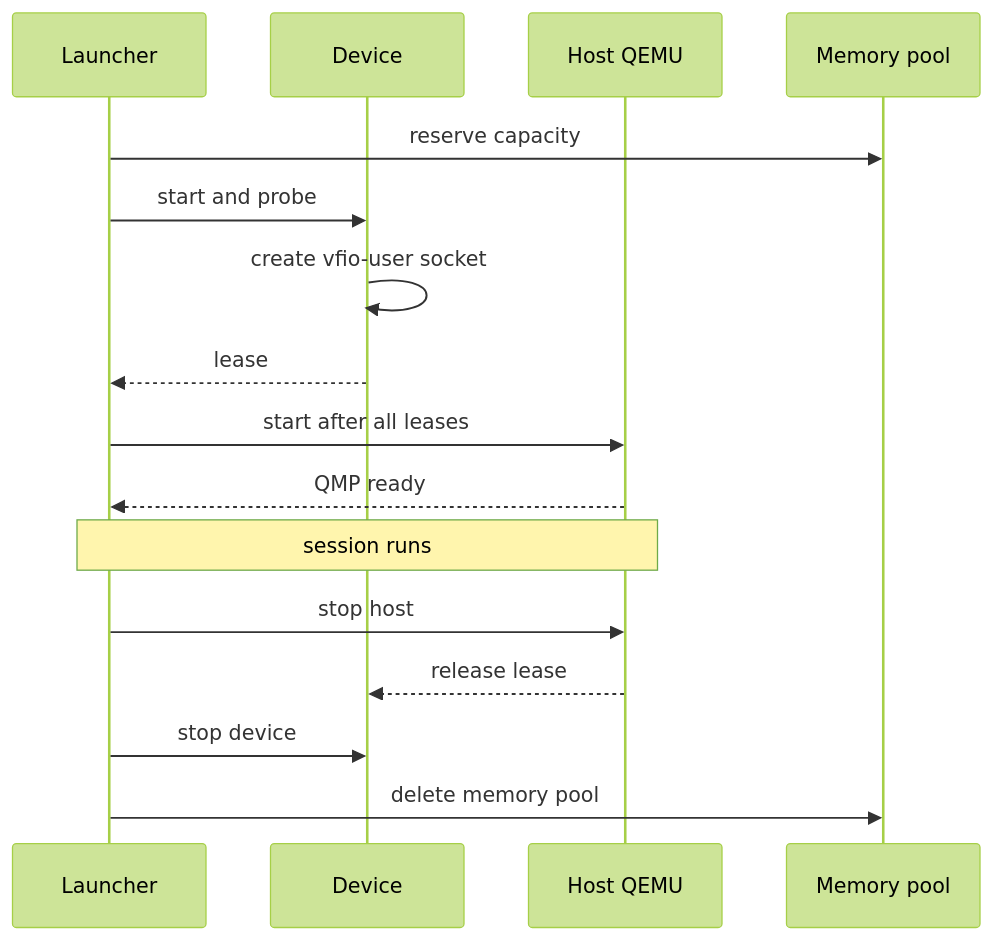
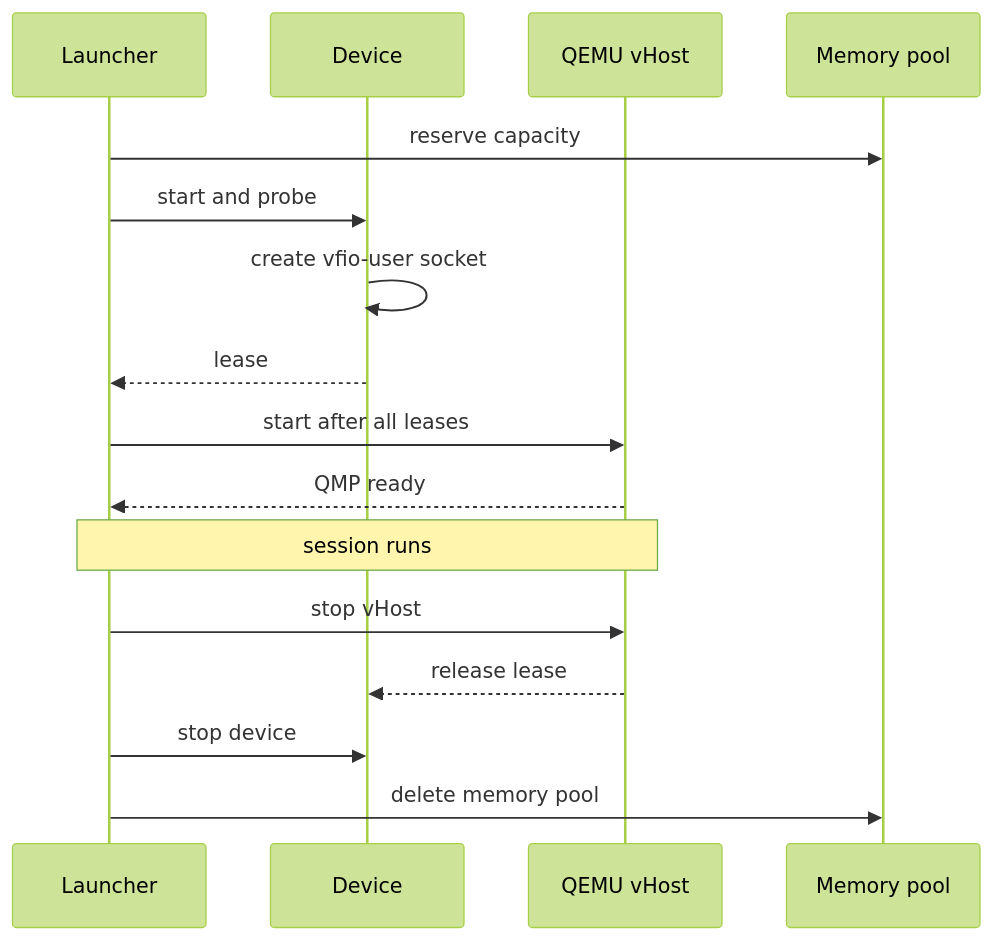
The diagram in docs/en/architecture/execution_flow.rst (chengchen512/cosim-gpu), drawn with Mermaid (forest theme) before and after one commit. The commit also changed other lines of this file and 110 other files, not shown here.

```diff
--- a/docs/en/architecture/execution_flow.rst
+++ b/docs/en/architecture/execution_flow.rst
@@ -35,18 +35,18 @@
 .. mermaid::
 
    sequenceDiagram
        participant L as Launcher
        participant D as Device
-       participant H as Host QEMU
+       participant H as QEMU vHost
        participant P as Memory pool
        L->>P: reserve capacity
        L->>D: start and probe
        D->>D: create vfio-user socket
        D-->>L: lease
        L->>H: start after all leases
        H-->>L: QMP ready
        Note over L,H: session runs
-       L->>H: stop host
+       L->>H: stop vHost
        H-->>D: release lease
        L->>D: stop device
        L->>P: delete memory pool
```
